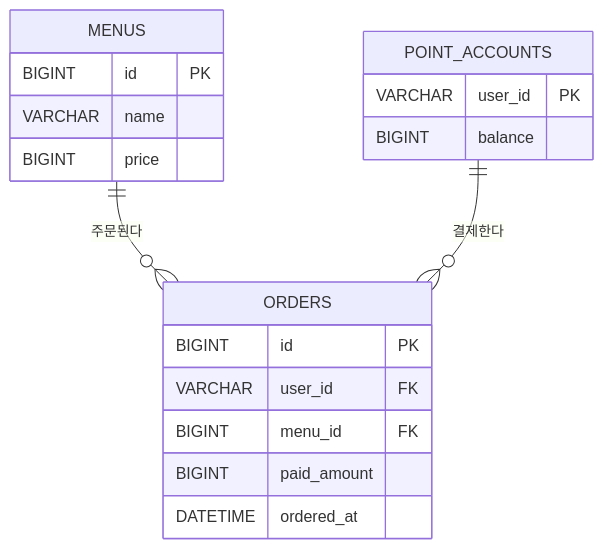
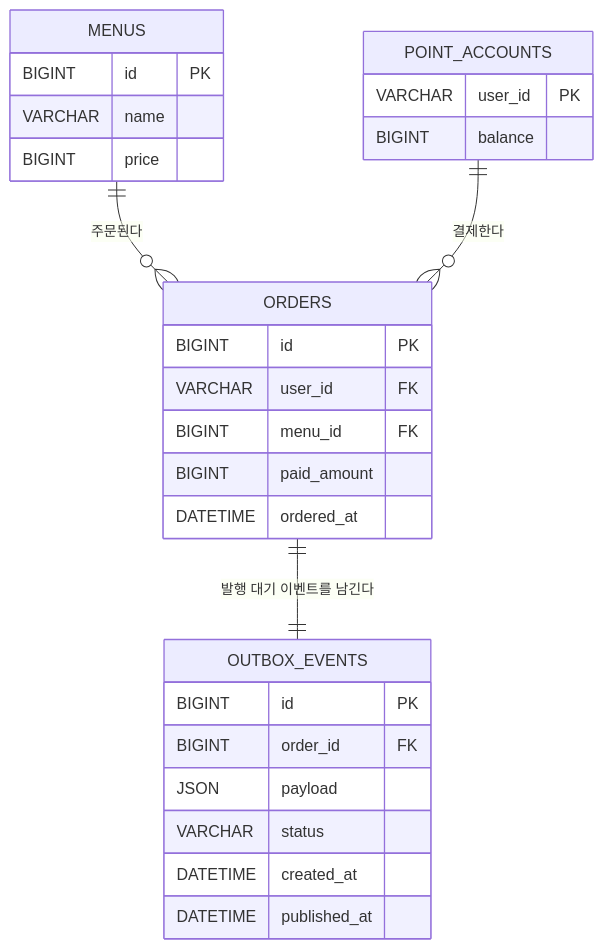
Before and after one commit to kolyn092/coffee-point-order-system: the diagram in docs/ERD.md, drawn with Mermaid. The commit also changed other lines of this file and 3 other files, not shown here.

````diff
--- a/docs/ERD.md
+++ b/docs/ERD.md
@@ -33,24 +36,34 @@
 ```mermaid
 erDiagram
     MENUS ||--o{ ORDERS : "주문된다"
     POINT_ACCOUNTS ||--o{ ORDERS : "결제한다"
+    ORDERS ||--|| OUTBOX_EVENTS : "발행 대기 이벤트를 남긴다"
 
     MENUS {
         BIGINT id PK
         VARCHAR name
         BIGINT price
     }
 
     POINT_ACCOUNTS {
         VARCHAR user_id PK
         BIGINT balance
     }
 
     ORDERS {
         BIGINT id PK
         VARCHAR user_id FK
         BIGINT menu_id FK
         BIGINT paid_amount
         DATETIME ordered_at
     }
+
+    OUTBOX_EVENTS {
+        BIGINT id PK
+        BIGINT order_id FK
+        JSON payload
+        VARCHAR status
+        DATETIME created_at
+        DATETIME published_at
+    }
 ```
````
